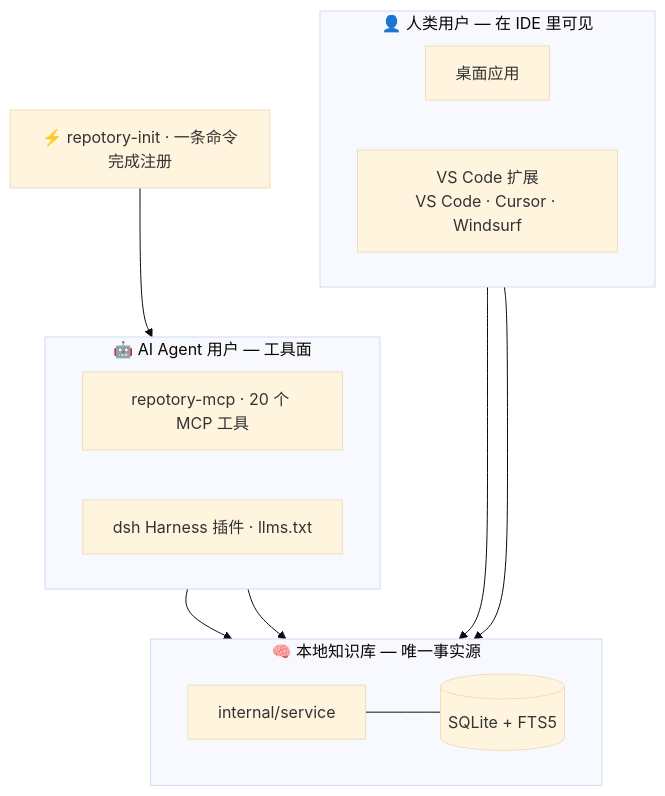
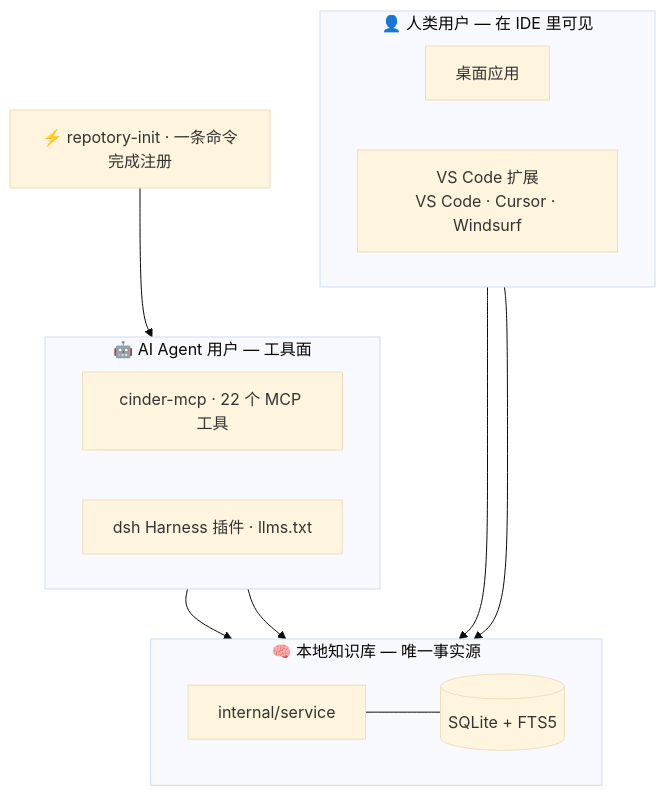
The fifth of 5 diagrams in docs/architecture.md (sky-jiangcheng/cinder), drawn with Mermaid (base theme) before and after one commit. The commit also changed other lines of this file and 118 other files, not shown here.

````diff
--- a/docs/architecture.md
+++ b/docs/architecture.md
@@ -125,24 +125,24 @@
 ```mermaid
 flowchart TB
     subgraph HUMAN[👤 人类用户 — 在 IDE 里可见]
         direction LR
         DESKTOP[桌面应用]
         VSCODE[VS Code 扩展<br/>VS Code · Cursor · Windsurf]
     end
     subgraph AGENT[🤖 AI Agent 用户 — 工具面]
         direction LR
-        MCP[repotory-mcp · 20 个 MCP 工具]
+        MCP[cinder-mcp · 22 个 MCP 工具]
         DSH[dsh Harness 插件 · llms.txt]
     end
     subgraph CORE[🧠 本地知识库 — 唯一事实源]
         direction LR
         SVC[internal/service] --- DB[(SQLite + FTS5)]
     end
     HUMAN ~~~ AGENT ~~~ CORE
     INIT[⚡ repotory-init · 一条命令完成注册]
     INIT --> MCP
     DESKTOP --> SVC
     VSCODE --> SVC
     MCP --> SVC
     DSH --> SVC
 ```
````
